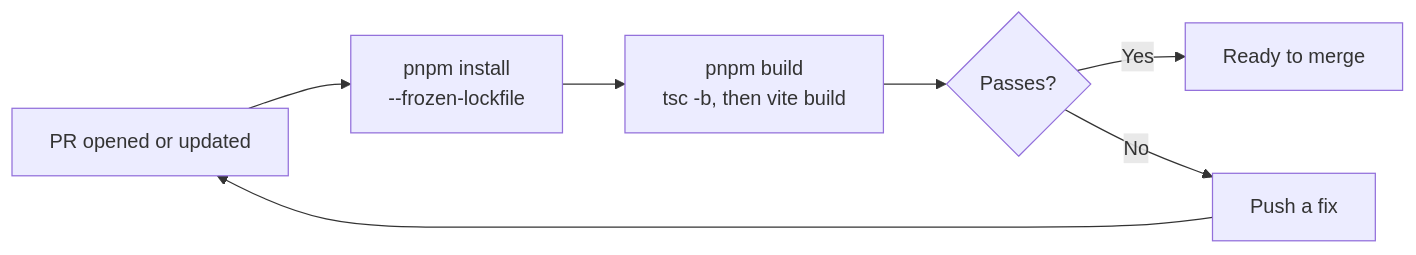
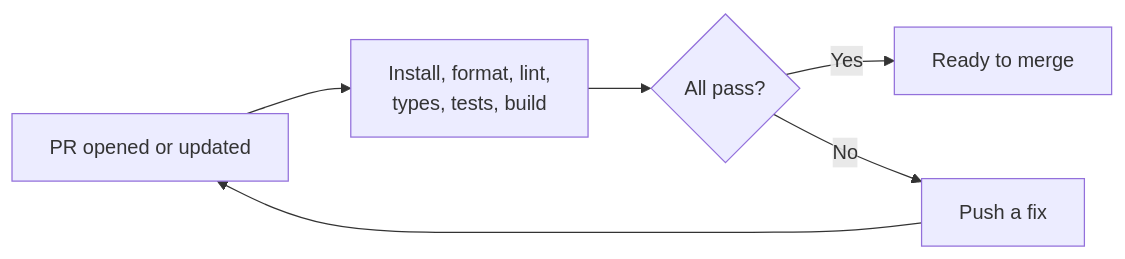
The second of 3 diagrams in src/docs/05-ci-cd-workflow.md (tanvinhnguyen2504/recommendations-fe), drawn with Mermaid before and after one commit. The commit also changed other lines of this file and 3 other files, not shown here.

````diff
--- a/src/docs/05-ci-cd-workflow.md
+++ b/src/docs/05-ci-cd-workflow.md
@@ -42,9 +51,8 @@
 ```mermaid
 graph LR
-    Open["PR opened or updated"] --> Install["pnpm install<br/>--frozen-lockfile"]
-    Install --> Build["pnpm build<br/>tsc -b, then vite build"]
-    Build --> Result{Passes?}
+    Open["PR opened or updated"] --> Checks["Install, format, lint,<br/>types, tests, build"]
+    Checks --> Result{All pass?}
     Result -->|Yes| Merge[Ready to merge]
     Result -->|No| Fix[Push a fix]
     Fix --> Open
 ```
````
